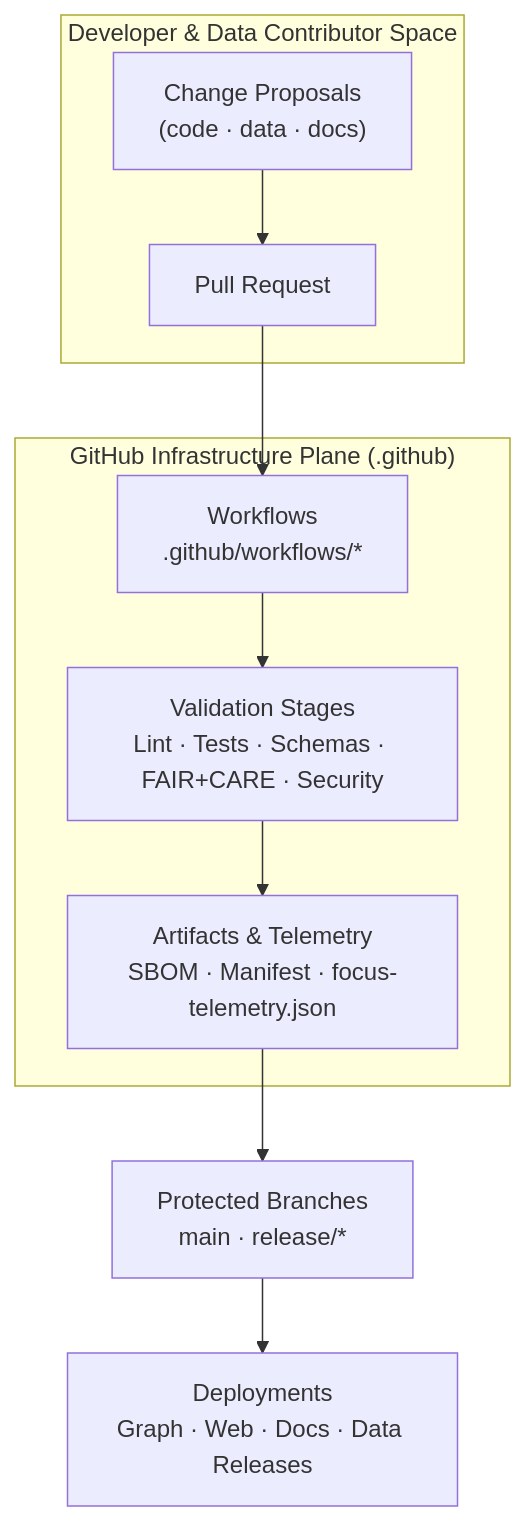
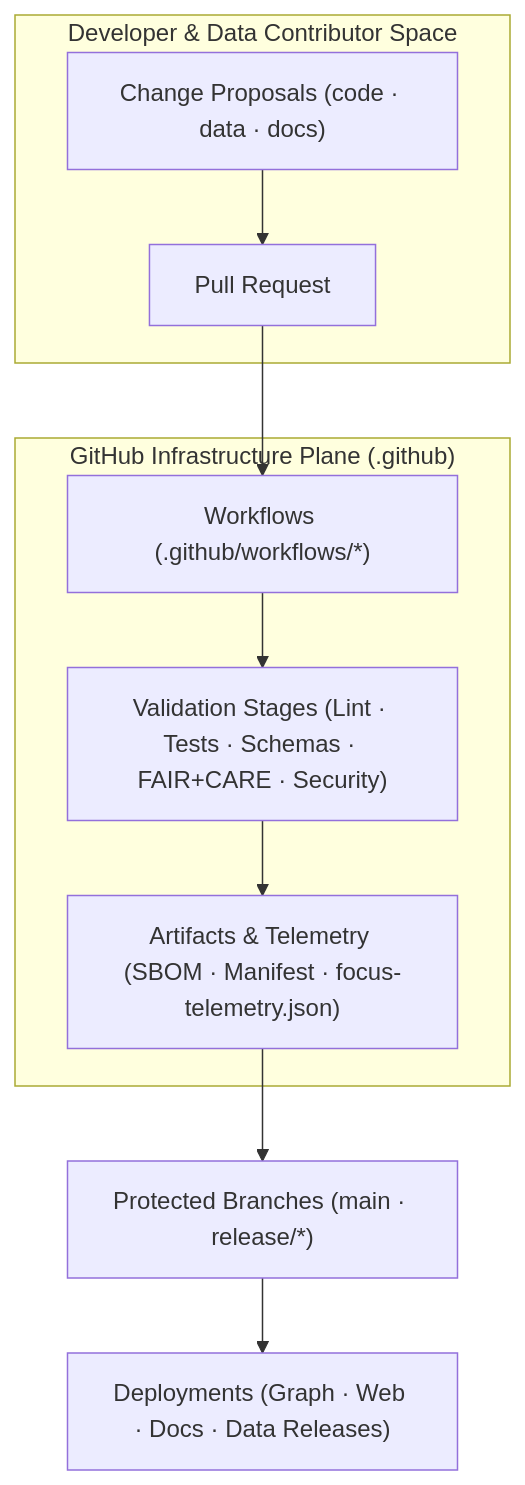
Before and after one commit to bartytime4life/Kansas-Frontier-Matrix: the first of 2 diagrams in .github/ARCHITECTURE.md, drawn with Mermaid. The commit also changed other lines of this file, not shown here.

`````diff
--- a/.github/ARCHITECTURE.md
+++ b/.github/ARCHITECTURE.md
@@ -116,15 +103,15 @@
 ```mermaid
 flowchart TD
     subgraph Dev ["Developer & Data Contributor Space"]
-        A["Change Proposals<br/>(code · data · docs)"] --> B["Pull Request"]
+        A["Change Proposals (code · data · docs)"] --> B["Pull Request"]
     end
 
     subgraph Hub ["GitHub Infrastructure Plane (.github)"]
-        B --> C["Workflows<br/>.github/workflows/*"]
-        C --> D["Validation Stages<br/>Lint · Tests · Schemas · FAIR+CARE · Security"]
-        D --> E["Artifacts & Telemetry<br/>SBOM · Manifest · focus-telemetry.json"]
+        B --> C["Workflows (.github/workflows/*)"]
+        C --> D["Validation Stages (Lint · Tests · Schemas · FAIR+CARE · Security)"]
+        D --> E["Artifacts & Telemetry (SBOM · Manifest · focus-telemetry.json)"]
     end
 
-    E --> F["Protected Branches<br/>main · release/*"]
-    F --> G["Deployments<br/>Graph · Web · Docs · Data Releases"]
-````
+    E --> F["Protected Branches (main · release/*)"]
+    F --> G["Deployments (Graph · Web · Docs · Data Releases)"]
+```
`````
